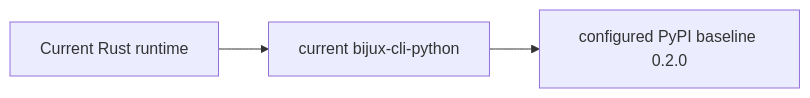
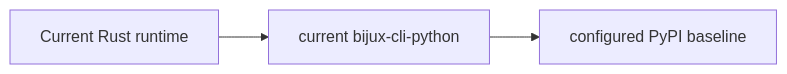
One commit to bijux/bijux-cli changed the second of 2 diagrams in docs/06-reference/integrations-and-routed-runtimes.md. Above: the diagram before and after it, drawn with Mermaid. The commit also changed other lines of this file and 5 other files, not shown here.

````diff
--- a/docs/06-reference/integrations-and-routed-runtimes.md
+++ b/docs/06-reference/integrations-and-routed-runtimes.md
@@ -17,5 +17,5 @@
 ```mermaid
 flowchart LR
     A[Current Rust runtime] --> B[current bijux-cli-python]
-    B --> C[configured PyPI baseline 0.2.0]
+    B --> C[configured PyPI baseline]
 ```
````
